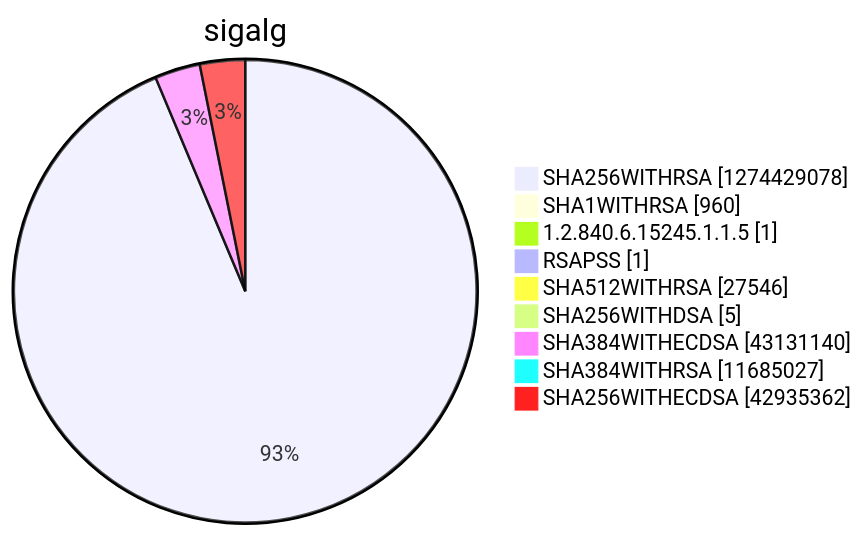
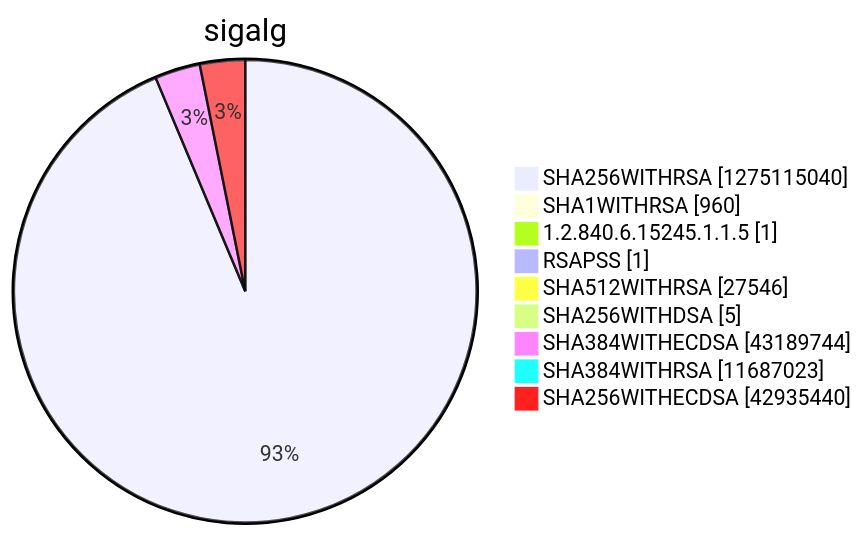
One commit to christiankrug/ctmonitor_visualization changed diagram 15 of 15 in argon2022/README.md. Above: the diagram before and after it, drawn with Mermaid. The commit also changed other lines of this file, not shown here.

````diff
--- a/argon2022/README.md
+++ b/argon2022/README.md
@@ -5522,13 +5522,13 @@
 ```mermaid
 pie showData
 title sigalg
-"SHA256WITHRSA" :1274429078
+"SHA256WITHRSA" :1275115040
 "SHA1WITHRSA" :960
 "1.2.840.6.15245.1.1.5" :1
 "RSAPSS" :1
 "SHA512WITHRSA" :27546
 "SHA256WITHDSA" :5
-"SHA384WITHECDSA" :43131140
-"SHA384WITHRSA" :11685027
-"SHA256WITHECDSA" :42935362
+"SHA384WITHECDSA" :43189744
+"SHA384WITHRSA" :11687023
+"SHA256WITHECDSA" :42935440
 ```
````
